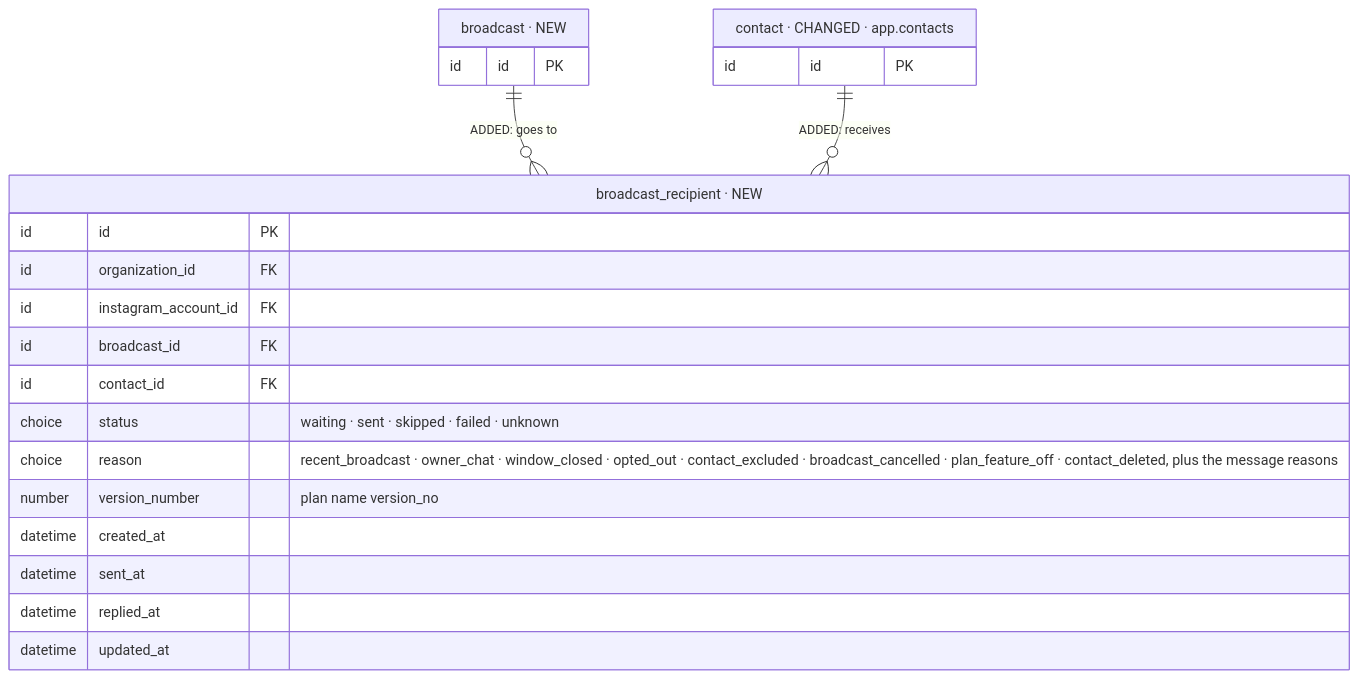
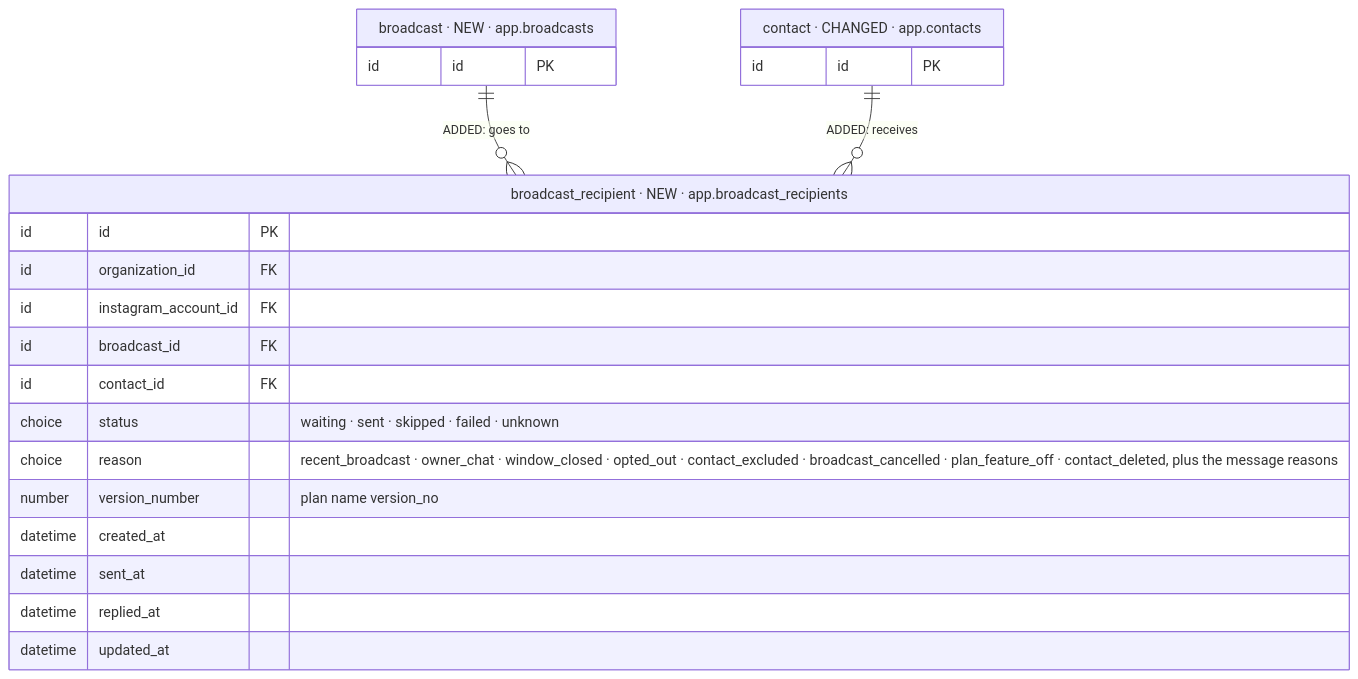
One commit to albetrios/meepzo-be changed diagram 21 of 39 in iterations/feat-instagram-dm-sending-2026-11-23-oxak/plans/db-changes.md. Above: the diagram before and after it, drawn with Mermaid. The commit also changed other lines of this file and 3 other files, not shown here.

````diff
--- a/iterations/feat-instagram-dm-sending-2026-11-23-oxak/plans/db-changes.md
+++ b/iterations/feat-instagram-dm-sending-2026-11-23-oxak/plans/db-changes.md
@@ -1005,25 +973,25 @@
 ```mermaid
 erDiagram
-  broadcast_recipient["broadcast_recipient · NEW"] {
+  broadcast_recipient["broadcast_recipient · NEW · app.broadcast_recipients"] {
     id id PK
     id organization_id FK
     id instagram_account_id FK
     id broadcast_id FK
     id contact_id FK
     choice status "waiting · sent · skipped · failed · unknown"
     choice reason "recent_broadcast · owner_chat · window_closed · opted_out · contact_excluded · broadcast_cancelled · plan_feature_off · contact_deleted, plus the message reasons"
     number version_number "plan name version_no"
     datetime created_at
     datetime sent_at
     datetime replied_at
     datetime updated_at
   }
-  broadcast["broadcast · NEW"] {
+  broadcast["broadcast · NEW · app.broadcasts"] {
     id id PK
   }
   contact["contact · CHANGED · app.contacts"] {
     id id PK
   }
   broadcast ||--o{ broadcast_recipient : "ADDED: goes to"
   contact ||--o{ broadcast_recipient : "ADDED: receives"
 ```
````
